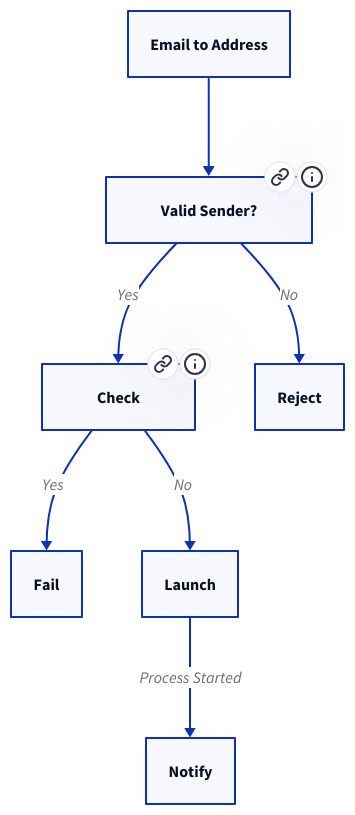
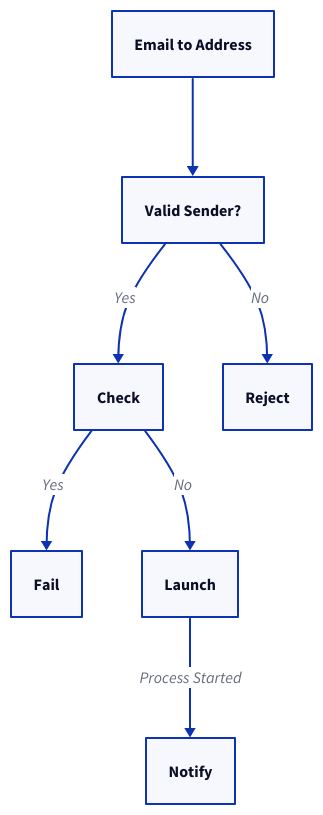
The diagram in src/content/docs/pro/launching/triggers/via-email.mdx (tallyfy/documentation), drawn with D2 before and after one commit. The commit also changed 35 other files, not shown here.

First line of the commit message:
Remove .link and .tooltip properties from D2 diagrams

````diff
--- a/src/content/docs/pro/launching/triggers/via-email.mdx
+++ b/src/content/docs/pro/launching/triggers/via-email.mdx
@@ -57,19 +57,15 @@
 ```d2
 Check: "Check"
 Fail: "Fail"
 Launch: "Launch"
 Notify: "Notify"
 Reject: "Reject"
 Email: "Email to Address"
 Validate: "Valid Sender?"
 Email -> Validate
 Validate -> Reject: "No"
 Validate -> Check: "Yes"
 Check -> Fail: "Yes"
 Check -> Launch: "No"
 Launch -> Notify: "Process Started"
-Validate.link: "/products/pro/documenting/members/index/"
-Validate.tooltip: "Learn about member management"
-Check.link: "/products/pro/launching/triggers/kick-off-forms/"
-Check.tooltip: "Understanding kick-off forms"
 ```
````
